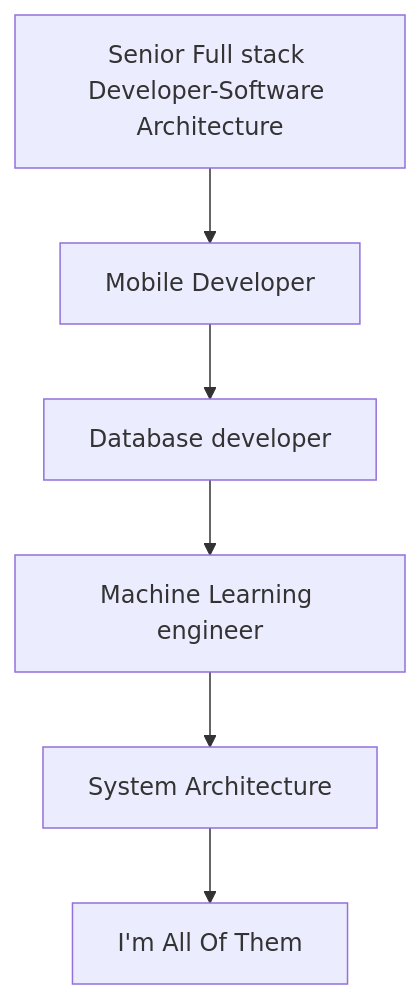
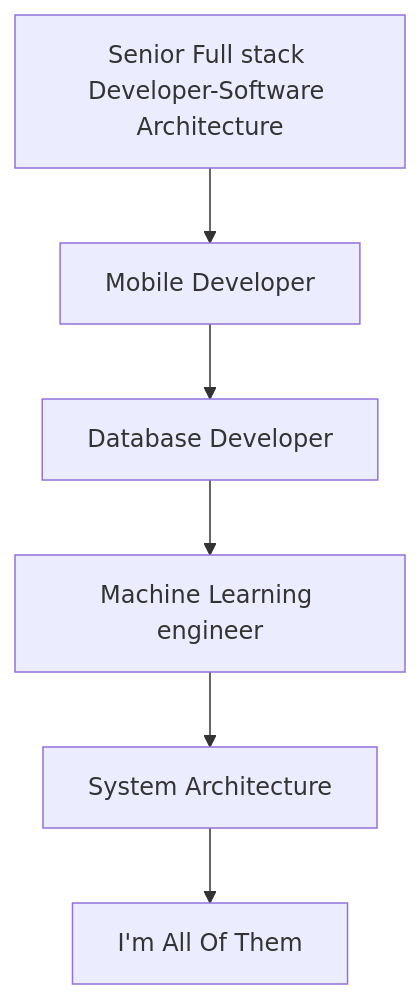
Before and after one commit to saskw2010/saskw2010: the second of 2 diagrams in README.md, drawn with Mermaid. The commit also changed other lines of this file, not shown here.

````diff
--- a/README.md
+++ b/README.md
@@ -8,9 +219,9 @@
 ```mermaid
 	graph TD;
   	 	A[Senior Full stack Developer-Software Architecture]-->B[Mobile Developer];
-   	 	B-->C[Database developer];
+   	 	B-->C[Database Developer];
 	 	C-->D[Machine Learning engineer];
 	 	D-->E[System Architecture];
 		E-->F[I'm  All Of Them ];
 		
 ```
````
